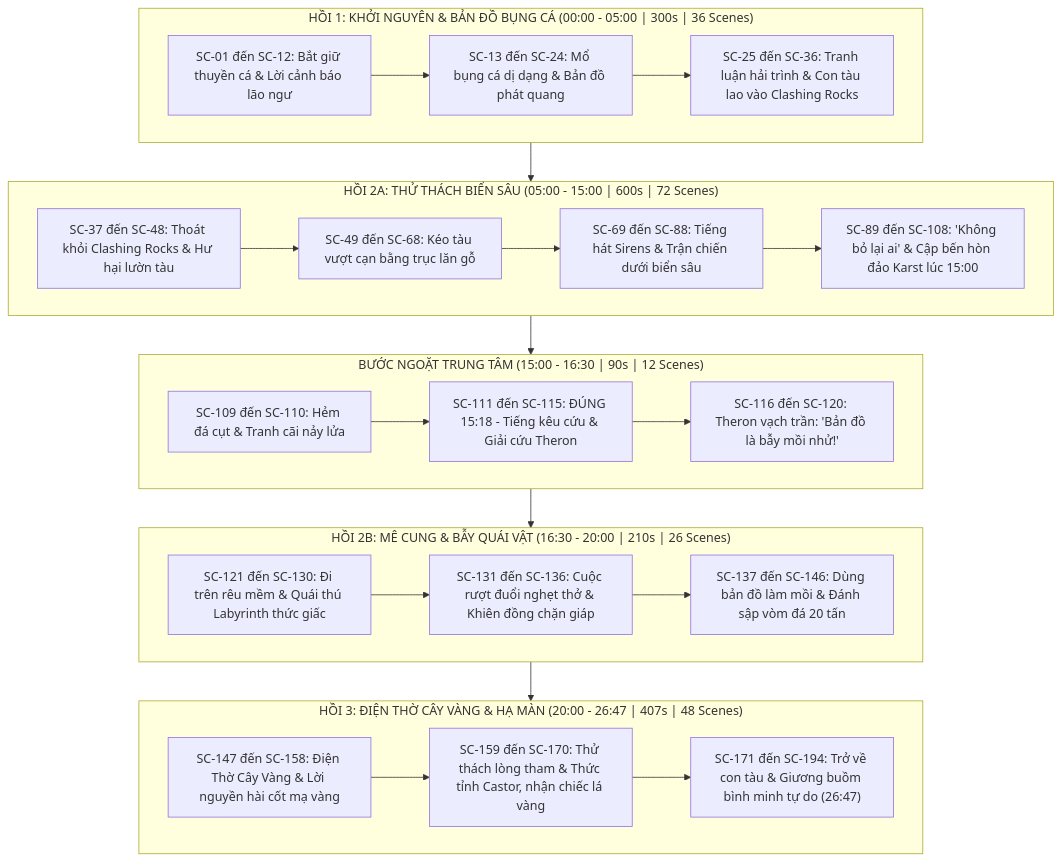
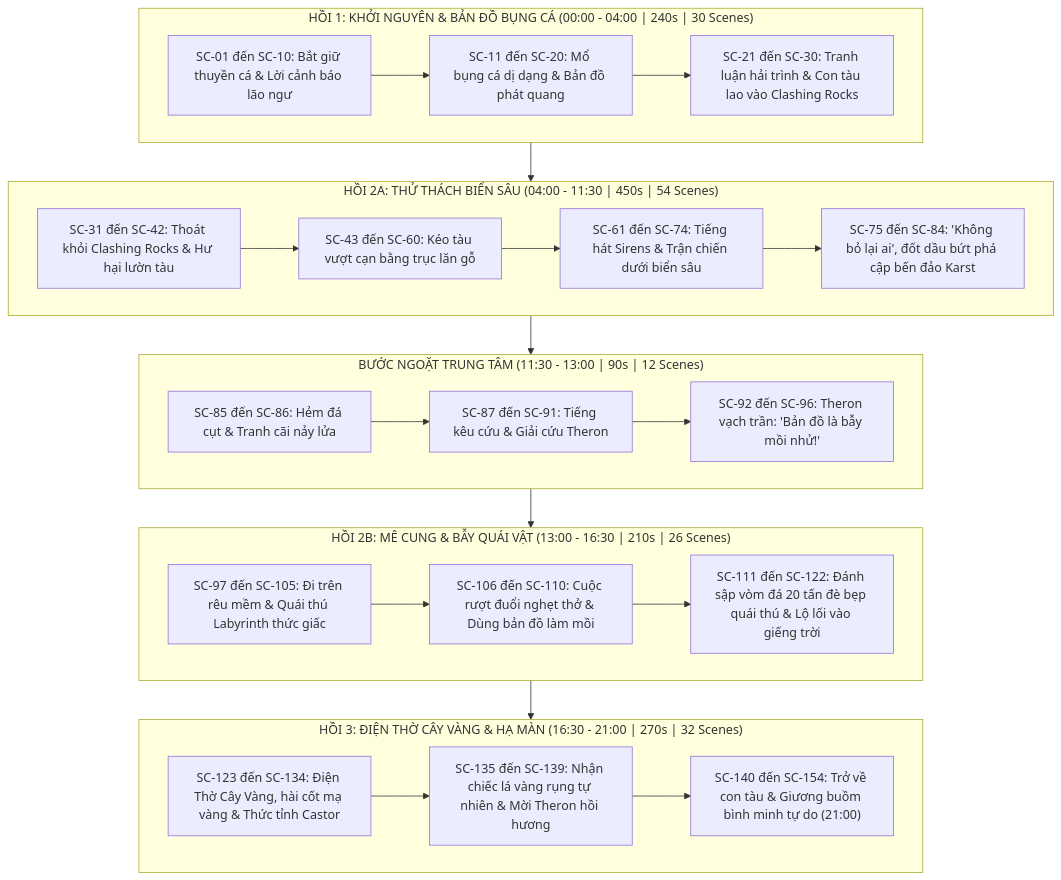
Before and after one commit to dinhvulon/flowkit: the diagram in output/golden-tree/script.md, drawn with Mermaid. The commit also changed other lines of this file and 37 other files, not shown here.

````diff
--- a/output/golden-tree/script.md
+++ b/output/golden-tree/script.md
@@ -49,33 +50,33 @@
 ```mermaid
 flowchart TD
-    subgraph Act1["HỒI 1: KHỞI NGUYÊN & BẢN ĐỒ BỤNG CÁ (00:00 - 05:00 | 300s | 36 Scenes)"]
-        A1["SC-01 đến SC-12: Bắt giữ thuyền cá & Lời cảnh báo lão ngư"] --> A2["SC-13 đến SC-24: Mổ bụng cá dị dạng & Bản đồ phát quang"]
-        A2 --> A3["SC-25 đến SC-36: Tranh luận hải trình & Con tàu lao vào Clashing Rocks"]
+    subgraph Act1["HỒI 1: KHỞI NGUYÊN & BẢN ĐỒ BỤNG CÁ (00:00 - 04:00 | 240s | 30 Scenes)"]
+        A1["SC-01 đến SC-10: Bắt giữ thuyền cá & Lời cảnh báo lão ngư"] --> A2["SC-11 đến SC-20: Mổ bụng cá dị dạng & Bản đồ phát quang"]
+        A2 --> A3["SC-21 đến SC-30: Tranh luận hải trình & Con tàu lao vào Clashing Rocks"]
     end
 
-    subgraph Act2A["HỒI 2A: THỬ THÁCH BIỂN SÂU (05:00 - 15:00 | 600s | 72 Scenes)"]
-        B1["SC-37 đến SC-48: Thoát khỏi Clashing Rocks & Hư hại lườn tàu"] --> B2["SC-49 đến SC-68: Kéo tàu vượt cạn bằng trục lăn gỗ"]
-        B2 --> B3["SC-69 đến SC-88: Tiếng hát Sirens & Trận chiến dưới biển sâu"]
-        B3 --> B4["SC-89 đến SC-108: 'Không bỏ lại ai' & Cập bến hòn đảo Karst lúc 15:00"]
+    subgraph Act2A["HỒI 2A: THỬ THÁCH BIỂN SÂU (04:00 - 11:30 | 450s | 54 Scenes)"]
+        B1["SC-31 đến SC-42: Thoát khỏi Clashing Rocks & Hư hại lườn tàu"] --> B2["SC-43 đến SC-60: Kéo tàu vượt cạn bằng trục lăn gỗ"]
+        B2 --> B3["SC-61 đến SC-74: Tiếng hát Sirens & Trận chiến dưới biển sâu"]
+        B3 --> B4["SC-75 đến SC-84: 'Không bỏ lại ai', đốt dầu bứt phá cập bến đảo Karst"]
     end
 
-    subgraph Midpoint["BƯỚC NGOẶT TRUNG TÂM (15:00 - 16:30 | 90s | 12 Scenes)"]
-        M1["SC-109 đến SC-110: Hẻm đá cụt & Tranh cãi nảy lửa"] --> M2["SC-111 đến SC-115: ĐÚNG 15:18 - Tiếng kêu cứu & Giải cứu Theron"]
-        M2 --> M3["SC-116 đến SC-120: Theron vạch trần: 'Bản đồ là bẫy mồi nhử!'"]
+    subgraph Midpoint["BƯỚC NGOẶT TRUNG TÂM (11:30 - 13:00 | 90s | 12 Scenes)"]
+        M1["SC-85 đến SC-86: Hẻm đá cụt & Tranh cãi nảy lửa"] --> M2["SC-87 đến SC-91: Tiếng kêu cứu & Giải cứu Theron"]
+        M2 --> M3["SC-92 đến SC-96: Theron vạch trần: 'Bản đồ là bẫy mồi nhử!'"]
     end
 
-    subgraph Act2B["HỒI 2B: MÊ CUNG & BẪY QUÁI VẬT (16:30 - 20:00 | 210s | 26 Scenes)"]
-        C1["SC-121 đến SC-130: Đi trên rêu mềm & Quái thú Labyrinth thức giấc"] --> C2["SC-131 đến SC-136: Cuộc rượt đuổi nghẹt thở & Khiên đồng chặn giáp"]
-        C2 --> C3["SC-137 đến SC-146: Dùng bản đồ làm mồi & Đánh sập vòm đá 20 tấn"]
+    subgraph Act2B["HỒI 2B: MÊ CUNG & BẪY QUÁI VẬT (13:00 - 16:30 | 210s | 26 Scenes)"]
+        C1["SC-97 đến SC-105: Đi trên rêu mềm & Quái thú Labyrinth thức giấc"] --> C2["SC-106 đến SC-110: Cuộc rượt đuổi nghẹt thở & Dùng bản đồ làm mồi"]
+        C2 --> C3["SC-111 đến SC-122: Đánh sập vòm đá 20 tấn đè bẹp quái thú & Lộ lối vào giếng trời"]
     end
 
-    subgraph Act3["HỒI 3: ĐIỆN THỜ CÂY VÀNG & HẠ MÀN (20:00 - 26:47 | 407s | 48 Scenes)"]
-        D1["SC-147 đến SC-158: Điện Thờ Cây Vàng & Lời nguyền hài cốt mạ vàng"] --> D2["SC-159 đến SC-170: Thử thách lòng tham & Thức tỉnh Castor, nhận chiếc lá vàng"]
-        D2 --> D3["SC-171 đến SC-194: Trở về con tàu & Giương buồm bình minh tự do (26:47)"]
+    subgraph Act3["HỒI 3: ĐIỆN THỜ CÂY VÀNG & HẠ MÀN (16:30 - 21:00 | 270s | 32 Scenes)"]
+        D1["SC-123 đến SC-134: Điện Thờ Cây Vàng, hài cốt mạ vàng & Thức tỉnh Castor"] --> D2["SC-135 đến SC-139: Nhận chiếc lá vàng rụng tự nhiên & Mời Theron hồi hương"]
+        D2 --> D3["SC-140 đến SC-154: Trở về con tàu & Giương buồm bình minh tự do (21:00)"]
     end
 
     Act1 --> Act2A
     Act2A --> Midpoint
     Midpoint --> Act2B
     Act2B --> Act3
 ```
````
